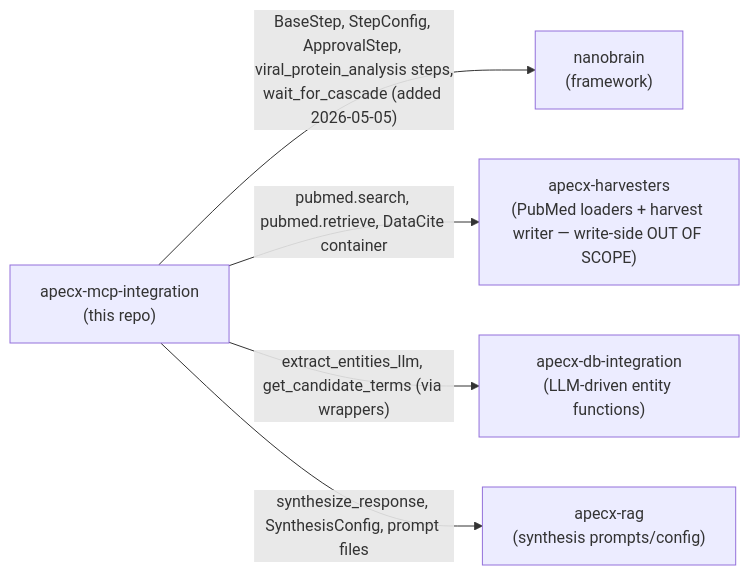
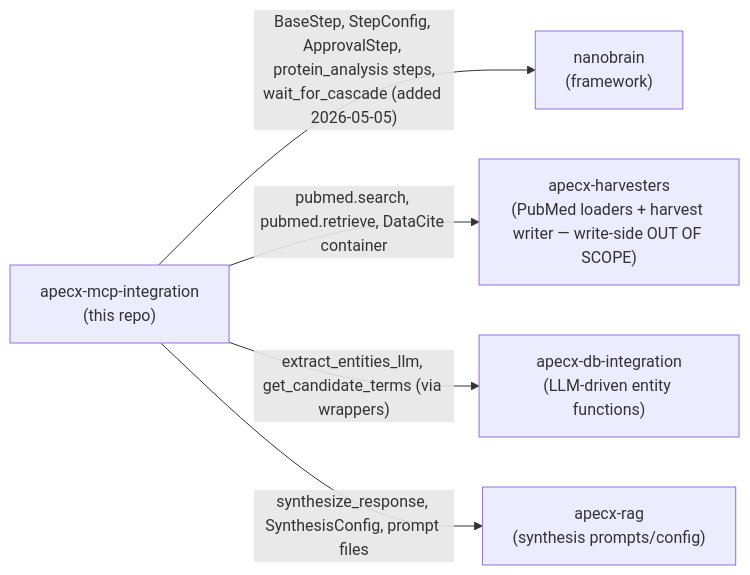
The seventh of 8 diagrams in docs/architecture.md (AlexandrNP/apecx-mcp-integration), drawn with Mermaid before and after one commit. The commit also changed other lines of this file and 29 other files, not shown here.

````diff
--- a/docs/architecture.md
+++ b/docs/architecture.md
@@ -478,13 +493,13 @@
 ```mermaid
 flowchart LR
     AMI["apecx-mcp-integration<br/>(this repo)"]
     NB["nanobrain<br/>(framework)"]
     AH["apecx-harvesters<br/>(PubMed loaders + harvest writer — write-side OUT OF SCOPE)"]
     ADB["apecx-db-integration<br/>(LLM-driven entity functions)"]
     ARG["apecx-rag<br/>(synthesis prompts/config)"]
 
-    AMI -- "BaseStep, StepConfig, ApprovalStep, viral_protein_analysis steps,<br/>wait_for_cascade (added 2026-05-05)" --> NB
+    AMI -- "BaseStep, StepConfig, ApprovalStep, protein_analysis steps,<br/>wait_for_cascade (added 2026-05-05)" --> NB
     AMI -- "pubmed.search, pubmed.retrieve, DataCite container" --> AH
     AMI -- "extract_entities_llm, get_candidate_terms (via wrappers)" --> ADB
     AMI -- "synthesize_response, SynthesisConfig, prompt files" --> ARG
 ```
````
